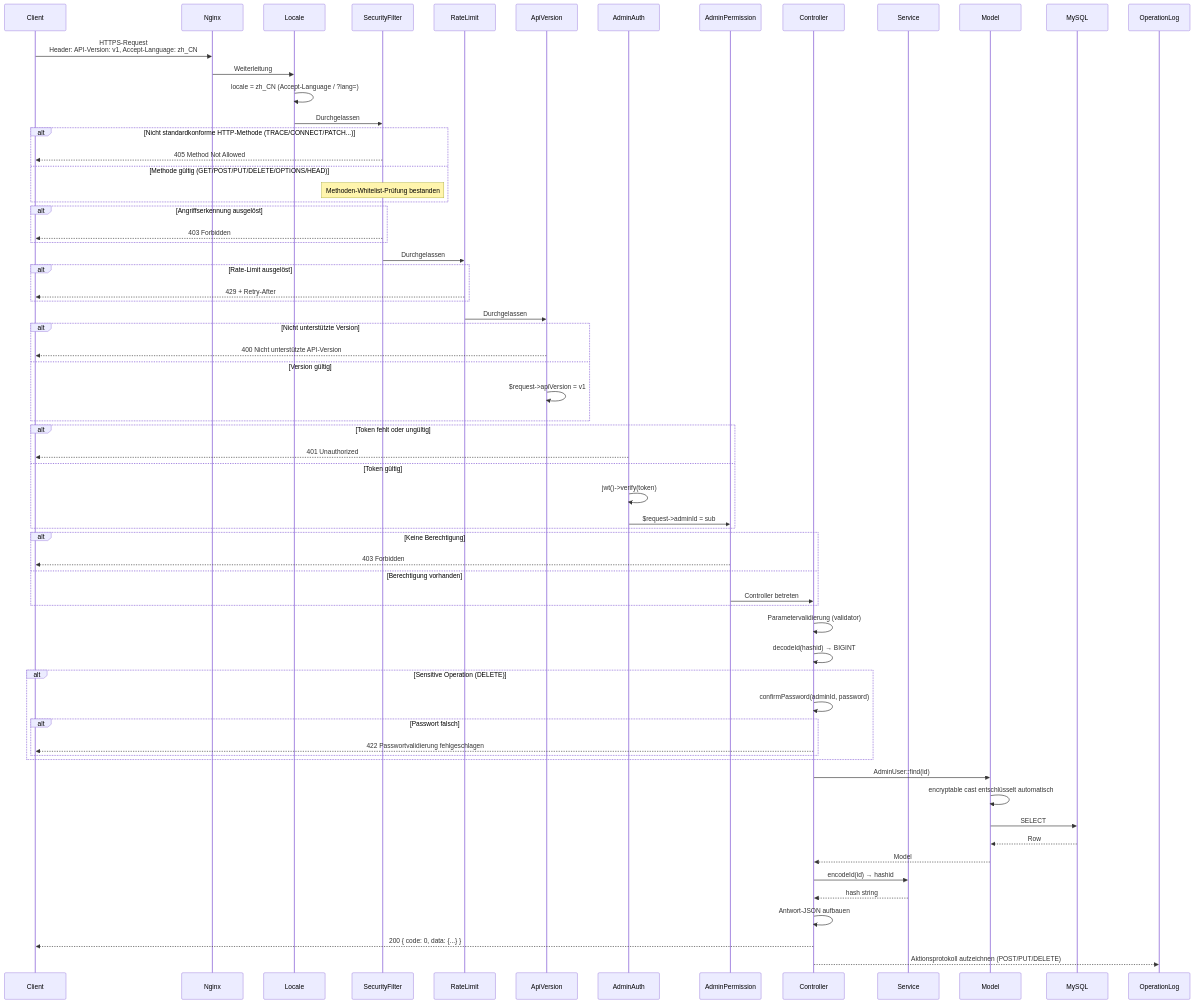
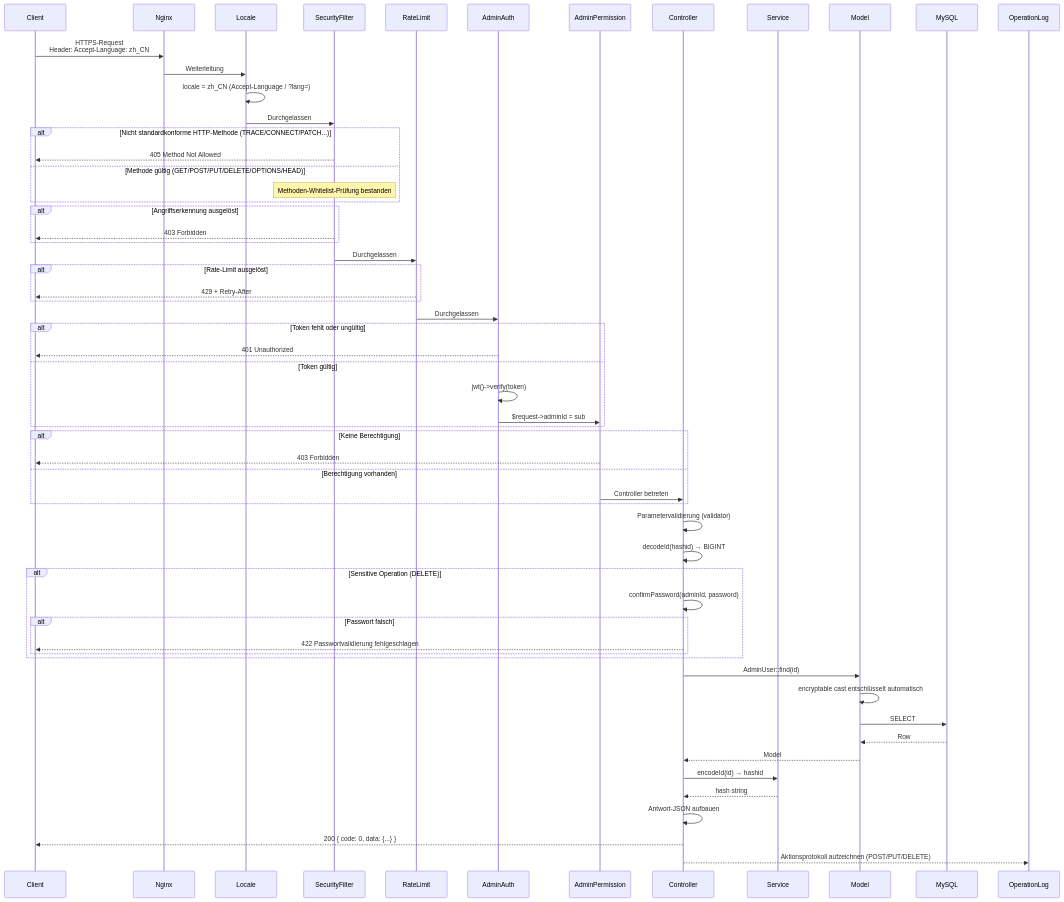
One commit to erikwang2013/integrated-global-logistics changed the third of 14 diagrams in admin/docs/ARCHITECTURE.de.md. Above: the diagram before and after it, drawn with Mermaid. The commit also changed other lines of this file and 147 other files, not shown here.

First line of the commit message:
feat(api): API 版本号移入 URL 路径（/api/v1），移除 API-Version 头机制

````diff
--- a/admin/docs/ARCHITECTURE.de.md
+++ b/admin/docs/ARCHITECTURE.de.md
@@ -147,82 +145,75 @@
 ```mermaid
 sequenceDiagram
     participant C as Client
     participant N as Nginx
     participant MW_LOC as Locale
     participant MW_SF as SecurityFilter
     participant MW_RL as RateLimit
-    participant MW0 as ApiVersion
     participant MW1 as AdminAuth
     participant MW2 as AdminPermission
     participant CTL as Controller
     participant SVC as Service
     participant MDL as Model
     participant DB as MySQL
     participant OPLOG as OperationLog
 
-    C->>N: HTTPS-Request<br/>Header: API-Version: v1, Accept-Language: zh_CN
+    C->>N: HTTPS-Request<br/>Header: Accept-Language: zh_CN
     N->>MW_LOC: Weiterleitung
 
     MW_LOC->>MW_LOC: locale = zh_CN (Accept-Language / ?lang=)
     MW_LOC->>MW_SF: Durchgelassen
 
     alt Nicht standardkonforme HTTP-Methode (TRACE/CONNECT/PATCH...)
         MW_SF-->>C: 405 Method Not Allowed
     else Methode gültig (GET/POST/PUT/DELETE/OPTIONS/HEAD)
         Note over MW_SF: Methoden-Whitelist-Prüfung bestanden
     end
 
     alt Angriffserkennung ausgelöst
         MW_SF-->>C: 403 Forbidden
     end
 
     MW_SF->>MW_RL: Durchgelassen
 
     alt Rate-Limit ausgelöst
         MW_RL-->>C: 429 + Retry-After
     end
 
-    MW_RL->>MW0: Durchgelassen
-
-    alt Nicht unterstützte Version
-        MW0-->>C: 400 Nicht unterstützte API-Version
-    else Version gültig
-        MW0->>MW0: $request->apiVersion = v1
-    end
+    MW_RL->>MW1: Durchgelassen
 
     alt Token fehlt oder ungültig
         MW1-->>C: 401 Unauthorized
     else Token gültig
         MW1->>MW1: jwt()->verify(token)
         MW1->>MW2: $request->adminId = sub
     end
 
     alt Keine Berechtigung
         MW2-->>C: 403 Forbidden
     else Berechtigung vorhanden
         MW2->>CTL: Controller betreten
     end
 
     CTL->>CTL: Parametervalidierung (validator)
     CTL->>CTL: decodeId(hashid) → BIGINT
 
     alt Sensitive Operation (DELETE)
         CTL->>CTL: confirmPassword(adminId, password)
         alt Passwort falsch
             CTL-->>C: 422 Passwortvalidierung fehlgeschlagen
         end
     end
 
     CTL->>MDL: AdminUser::find(id)
     MDL->>MDL: encryptable cast entschlüsselt automatisch
     MDL->>DB: SELECT
     DB-->>MDL: Row
     MDL-->>CTL: Model
 
     CTL->>SVC: encodeId(id) → hashid
     SVC-->>CTL: hash string
 
     CTL->>CTL: Antwort-JSON aufbauen
     CTL-->>C: 200 { code: 0, data: {...} }
     CTL-->>OPLOG: Aktionsprotokoll aufzeichnen (POST/PUT/DELETE)
 ```
````
